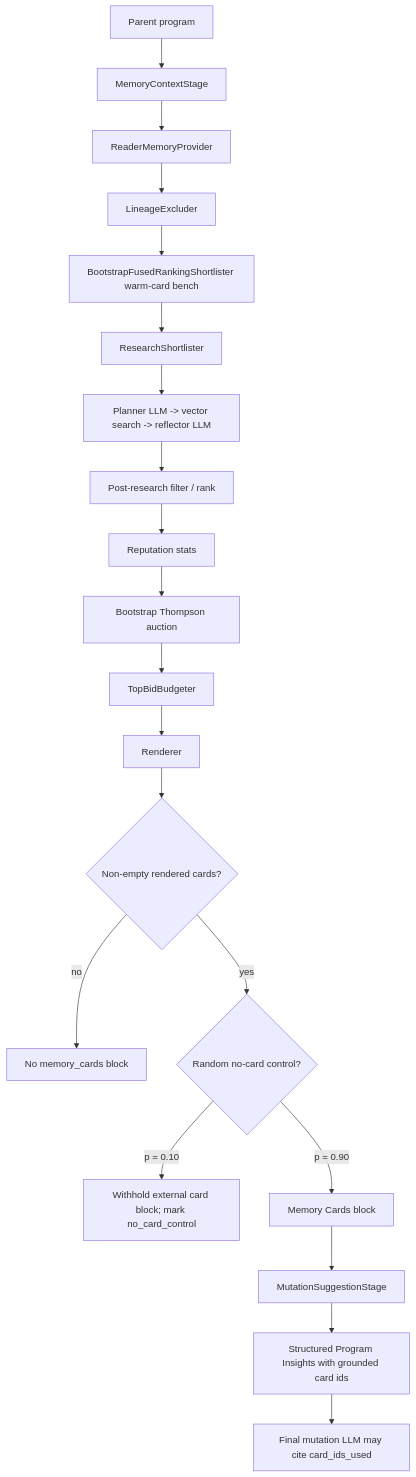
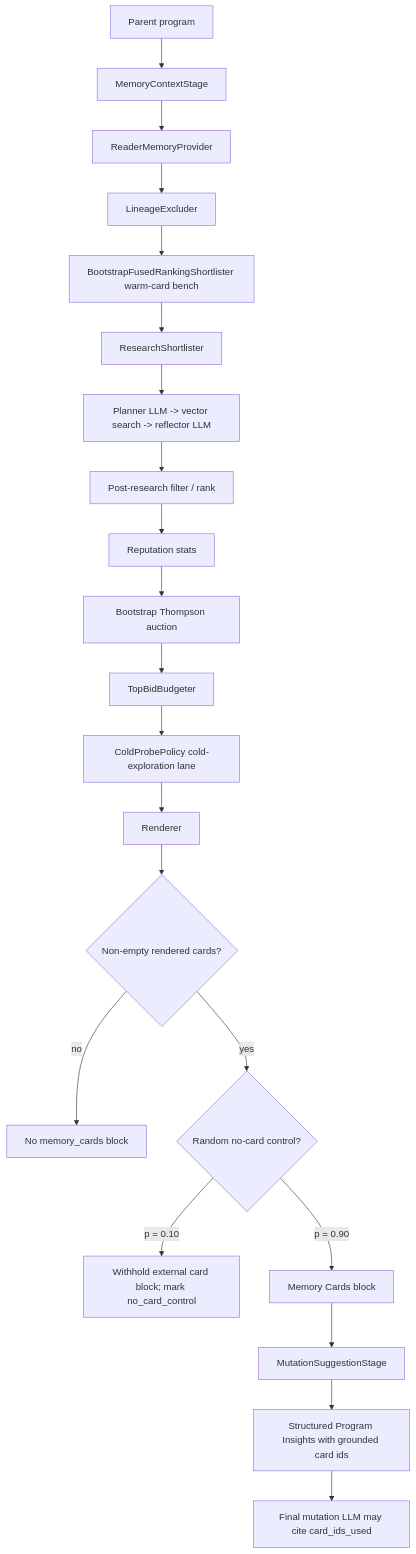
Before and after one commit to FusionBrainLab/gigaevo-core: the fifth of 9 diagrams in docs/MEMORY_LIFECYCLE_TUTORIAL.md, drawn with Mermaid. The commit also changed other lines of this file and 102 other files, not shown here.

````diff
--- a/docs/MEMORY_LIFECYCLE_TUTORIAL.md
+++ b/docs/MEMORY_LIFECYCLE_TUTORIAL.md
@@ -456,22 +457,23 @@
 ```mermaid
 flowchart TD
     A[Parent program] --> B[MemoryContextStage]
     B --> C[ReaderMemoryProvider]
     C --> D[LineageExcluder]
     D --> E[BootstrapFusedRankingShortlister warm-card bench]
     E --> F[ResearchShortlister]
     F --> F1[Planner LLM -> vector search -> reflector LLM]
     F1 --> G[Post-research filter / rank]
     G --> H[Reputation stats]
     H --> I[Bootstrap Thompson auction]
     I --> J[TopBidBudgeter]
-    J --> K[Renderer]
+    J --> PB[ColdProbePolicy cold-exploration lane]
+    PB --> K[Renderer]
     K --> L{Non-empty rendered cards?}
     L -->|no| M[No memory_cards block]
     L -->|yes| N{Random no-card control?}
     N -->|p = 0.10| O[Withhold external card block; mark no_card_control]
     N -->|p = 0.90| P[Memory Cards block]
     P --> Q[MutationSuggestionStage]
     Q --> R[Structured Program Insights with grounded card ids]
     R --> S[Final mutation LLM may cite card_ids_used]
 ```
````
